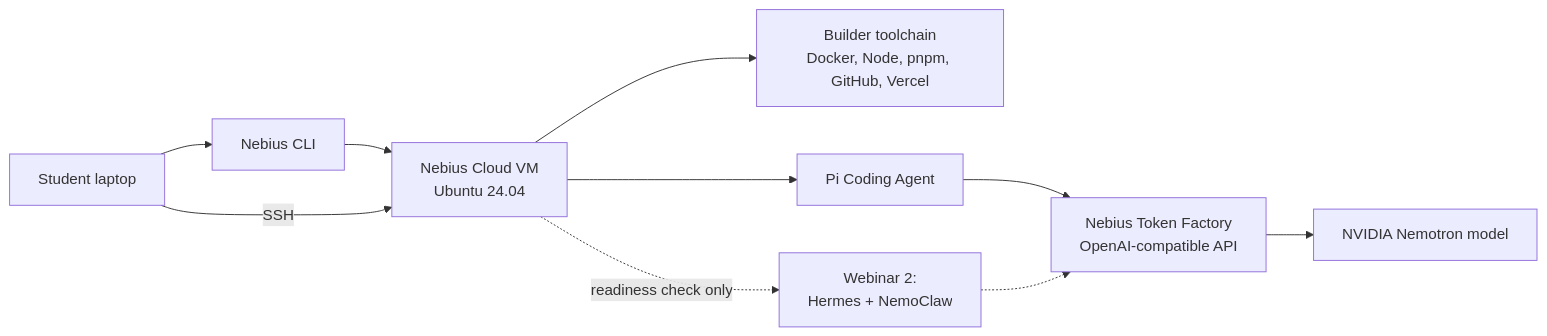
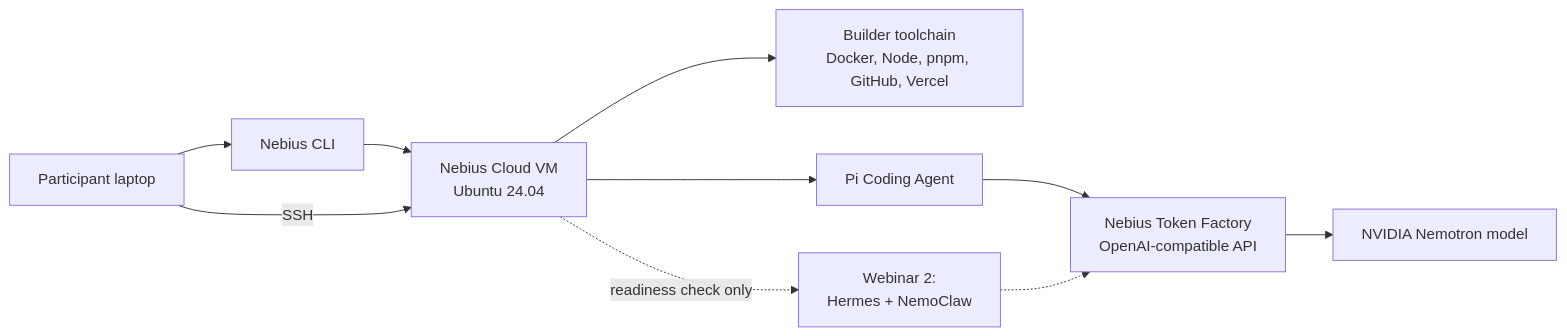
The diagram in 01-nebius-cloud-builder-environment/video-tutorial-script.md (fruteroclub/nebius-webinar-series-july-2026), drawn with Mermaid before and after one commit. The commit also changed other lines of this file and 6 other files, not shown here.

````diff
--- a/01-nebius-cloud-builder-environment/video-tutorial-script.md
+++ b/01-nebius-cloud-builder-environment/video-tutorial-script.md
@@ -61,21 +61,21 @@
 ```mermaid
 flowchart LR
-  laptop["Student laptop"]
+  laptop["Participant laptop"]
   cli["Nebius CLI"]
   cloud["Nebius Cloud VM<br/>Ubuntu 24.04"]
   tools["Builder toolchain<br/>Docker, Node, pnpm, GitHub, Vercel"]
   pi["Pi Coding Agent"]
   tf["Nebius Token Factory<br/>OpenAI-compatible API"]
   model["NVIDIA Nemotron model"]
   hermes["Webinar 2:<br/>Hermes + NemoClaw"]
 
   laptop --> cli
   cli --> cloud
   laptop -->|"SSH"| cloud
   cloud --> tools
   cloud --> pi
   pi --> tf
   tf --> model
   cloud -. "readiness check only" .-> hermes
   hermes -.-> tf
 ```
````
